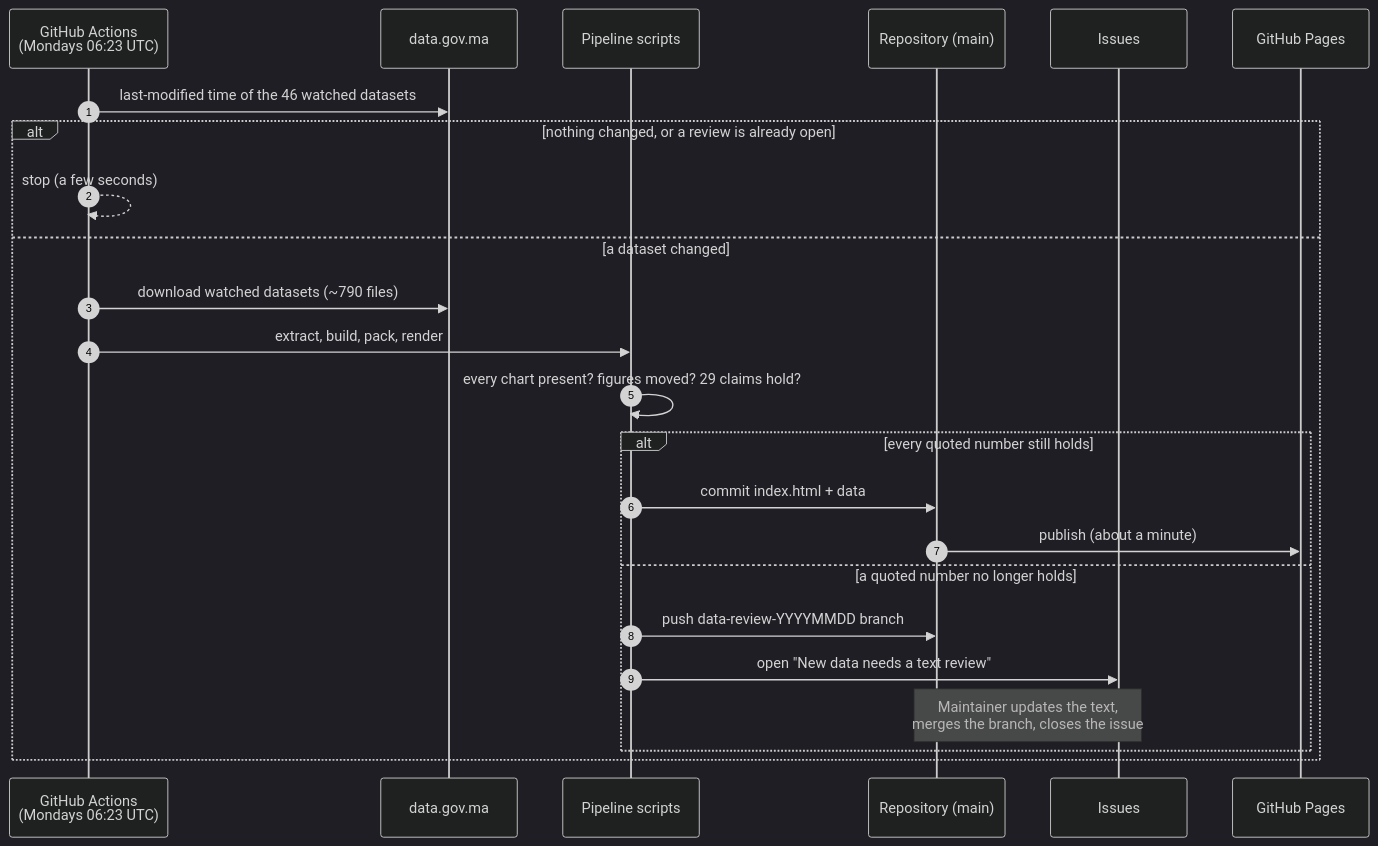
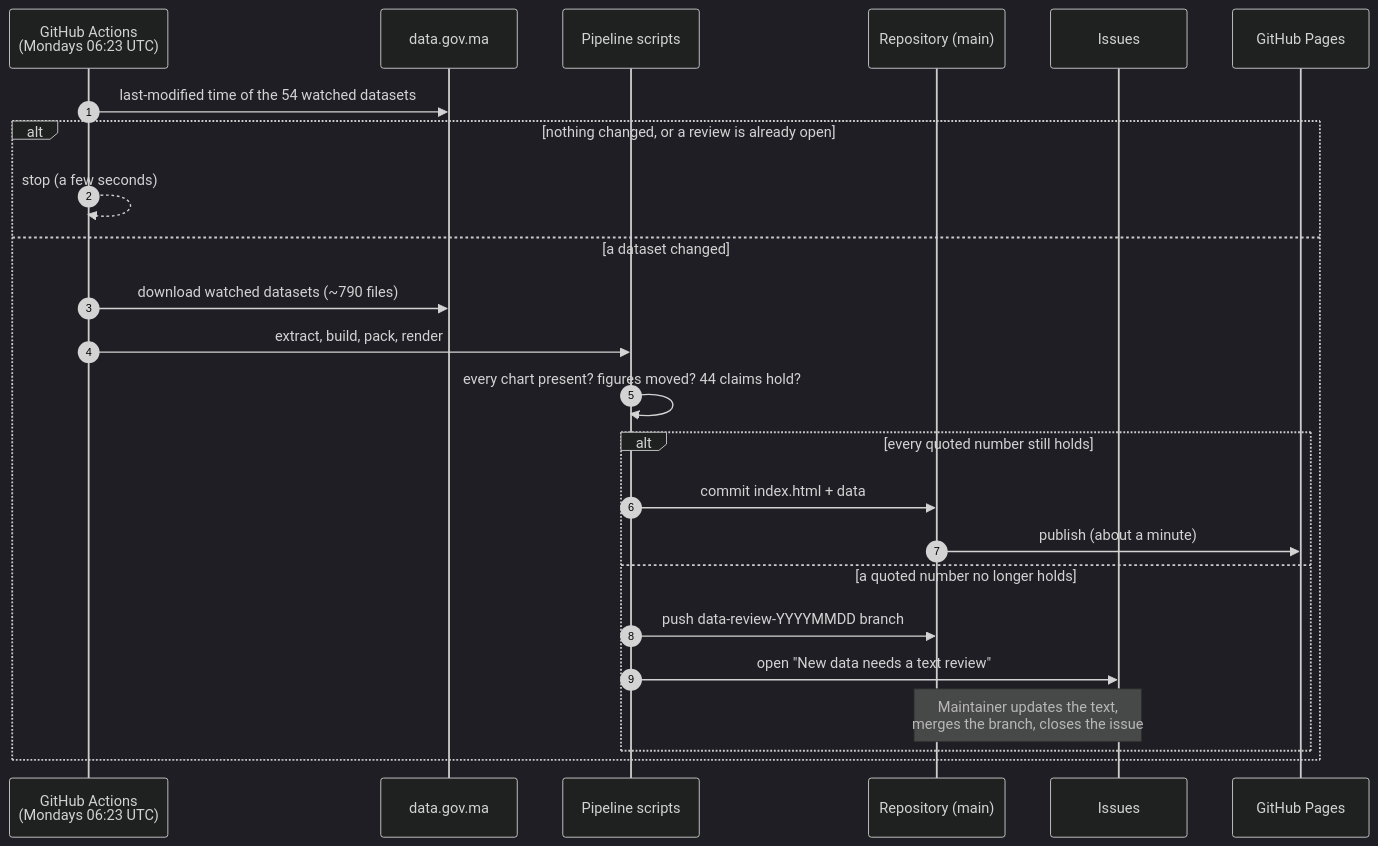
Before and after one commit to titiabdelghafour8-lab/morocco-by-the-numbers: the fifth of 5 diagrams in docs/ARCHITECTURE.md, drawn with Mermaid (dark theme). The commit also changed other lines of this file and 1 other file, not shown here.

Commit message:
Docs: update dataset and claim counts

````diff
--- a/docs/ARCHITECTURE.md
+++ b/docs/ARCHITECTURE.md
@@ -156,27 +156,27 @@
 ```mermaid
 sequenceDiagram
     autonumber
     participant A as GitHub Actions<br/>(Mondays 06:23 UTC)
     participant P as data.gov.ma
     participant S as Pipeline scripts
     participant R as Repository (main)
     participant I as Issues
     participant W as GitHub Pages
 
-    A->>P: last-modified time of the 46 watched datasets
+    A->>P: last-modified time of the 54 watched datasets
     alt nothing changed, or a review is already open
         A-->>A: stop (a few seconds)
     else a dataset changed
         A->>P: download watched datasets (~790 files)
         A->>S: extract, build, pack, render
-        S->>S: every chart present? figures moved? 29 claims hold?
+        S->>S: every chart present? figures moved? 44 claims hold?
         alt every quoted number still holds
             S->>R: commit index.html + data
             R->>W: publish (about a minute)
         else a quoted number no longer holds
             S->>R: push data-review-YYYYMMDD branch
             S->>I: open "New data needs a text review"
             Note over I,R: Maintainer updates the text,<br/>merges the branch, closes the issue
         end
     end
 ```
````
